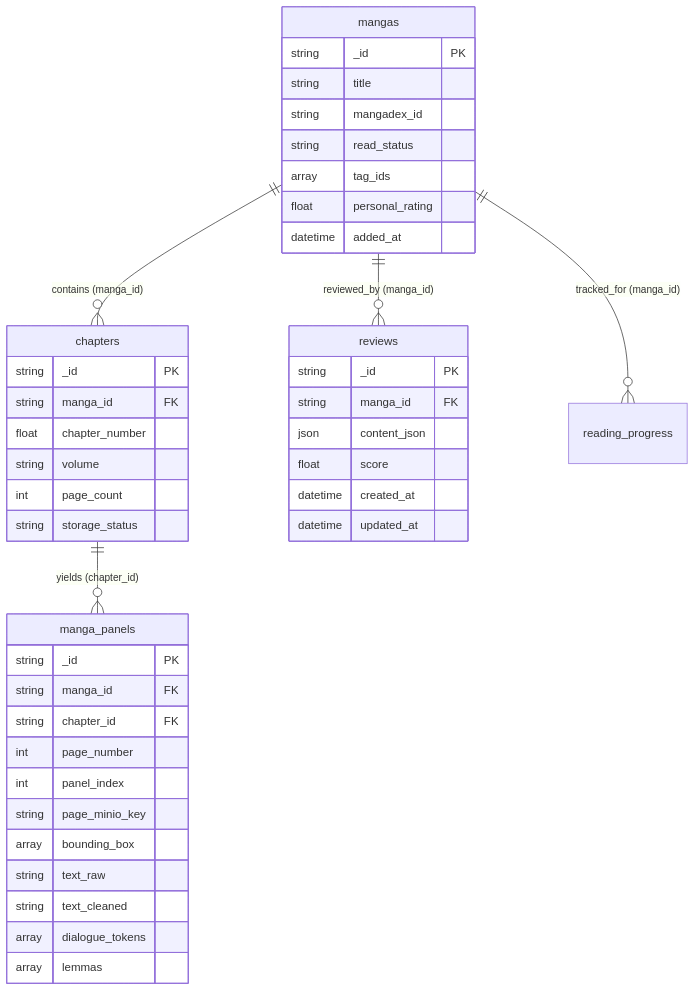
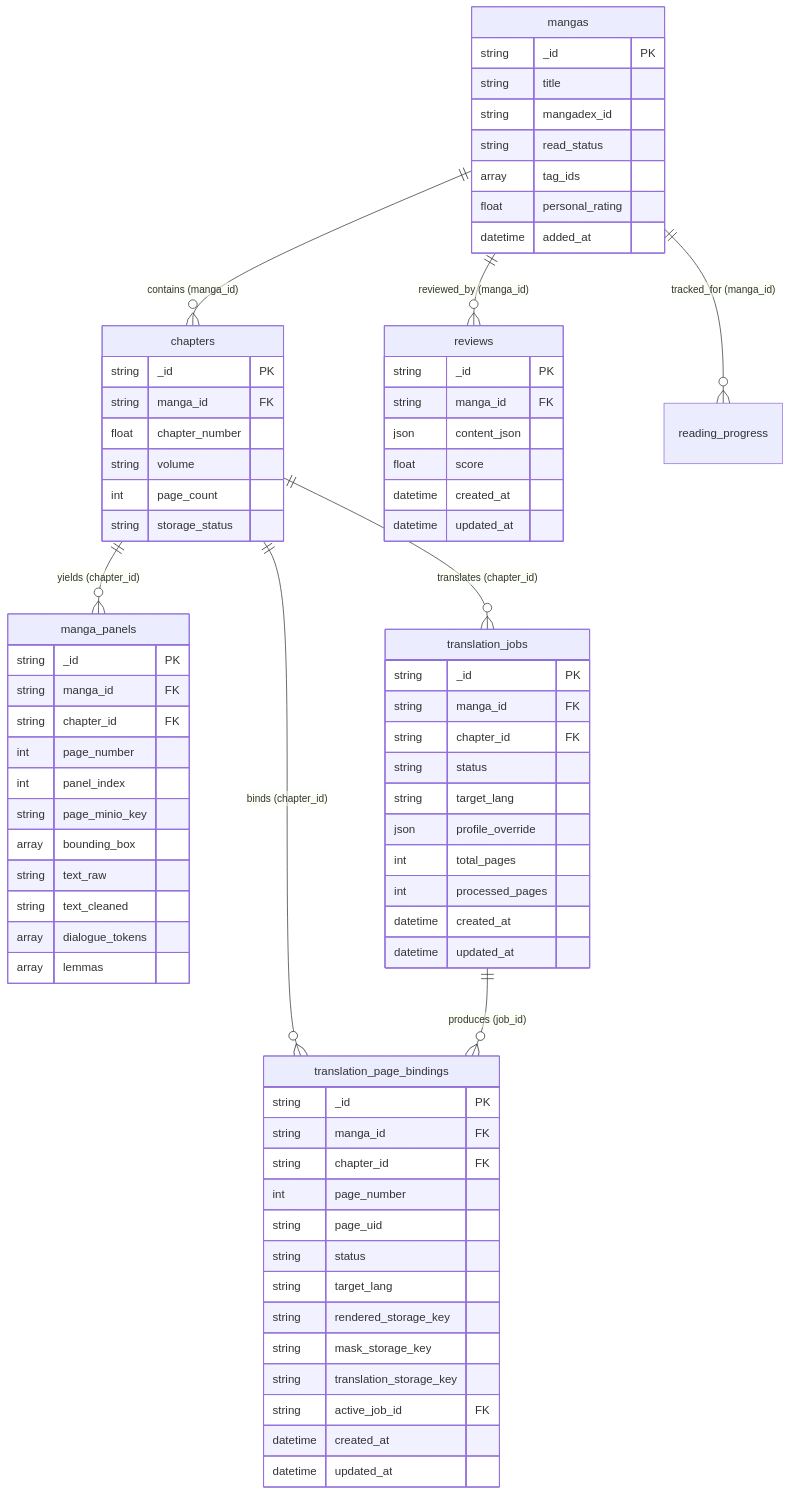
Before and after one commit to huyxuantruong1411/Manga-Reviews-Management: the fifth of 5 diagrams in docs/architecture.md, drawn with Mermaid. The commit also changed other lines of this file and 51 other files, not shown here.

First line of the commit message:
feat(translation): integrate Manga Reader Translation Studio, isolated runtime envelope and reader comparison

````diff
--- a/docs/architecture.md
+++ b/docs/architecture.md
@@ -111,49 +153,81 @@
 ```mermaid
 erDiagram
     mangas ||--o{ chapters : "contains (manga_id)"
     mangas ||--o{ reviews : "reviewed_by (manga_id)"
     mangas ||--o{ reading_progress : "tracked_for (manga_id)"
     chapters ||--o{ manga_panels : "yields (chapter_id)"
+    chapters ||--o{ translation_jobs : "translates (chapter_id)"
+    chapters ||--o{ translation_page_bindings : "binds (chapter_id)"
+    translation_jobs ||--o{ translation_page_bindings : "produces (job_id)"
     
     mangas {
         string _id PK
         string title
         string mangadex_id
         string read_status
         array tag_ids
         float personal_rating
         datetime added_at
     }
 
     chapters {
         string _id PK
         string manga_id FK
         float chapter_number
         string volume
         int page_count
         string storage_status
     }
 
     manga_panels {
         string _id PK
         string manga_id FK
         string chapter_id FK
         int page_number
         int panel_index
         string page_minio_key
         array bounding_box
         string text_raw
         string text_cleaned
         array dialogue_tokens
         array lemmas
     }
 
     reviews {
         string _id PK
         string manga_id FK
         json content_json
         float score
         datetime created_at
         datetime updated_at
     }
+
+    translation_jobs {
+        string _id PK
+        string manga_id FK
+        string chapter_id FK
+        string status
+        string target_lang
+        json profile_override
+        int total_pages
+        int processed_pages
+        datetime created_at
+        datetime updated_at
+    }
+
+    translation_page_bindings {
+        string _id PK
+        string manga_id FK
+        string chapter_id FK
+        int page_number
+        string page_uid
+        string status
+        string target_lang
+        string rendered_storage_key
+        string mask_storage_key
+        string translation_storage_key
+        string active_job_id FK
+        datetime created_at
+        datetime updated_at
+    }
 ```
````
